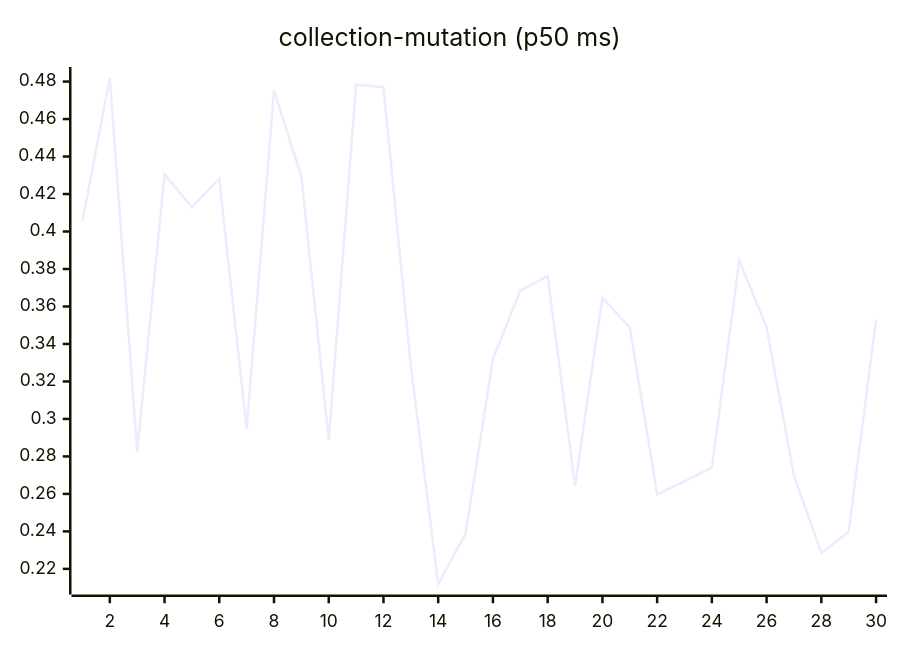
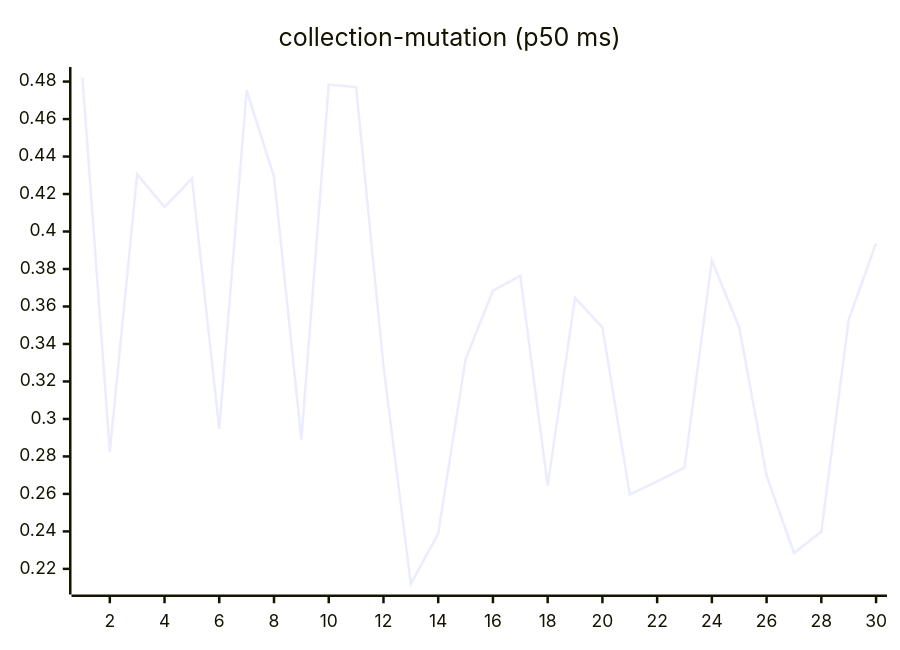
Before and after one commit to josha/Facet: the sixth of 27 diagrams in README.md, drawn with Mermaid. The commit also changed other lines of this file and 2 other files, not shown here.

````diff
--- a/README.md
+++ b/README.md
@@ -98,6 +98,6 @@
 ```mermaid
 xychart-beta
     title "collection-mutation (p50 ms)"
     x-axis 1 --> 30
-    line [0.4054, 0.4821, 0.2826, 0.4305, 0.4130, 0.4283, 0.2946, 0.4753, 0.4292, 0.2890, 0.4784, 0.4770, 0.3282, 0.2120, 0.2388, 0.3318, 0.3684, 0.3763, 0.2643, 0.3646, 0.3489, 0.2597, 0.2667, 0.2740, 0.3845, 0.3488, 0.2697, 0.2285, 0.2398, 0.3530]
+    line [0.4821, 0.2826, 0.4305, 0.4130, 0.4283, 0.2946, 0.4753, 0.4292, 0.2890, 0.4784, 0.4770, 0.3282, 0.2120, 0.2388, 0.3318, 0.3684, 0.3763, 0.2643, 0.3646, 0.3489, 0.2597, 0.2667, 0.2740, 0.3845, 0.3488, 0.2697, 0.2285, 0.2398, 0.3530, 0.3937]
 ```
````
